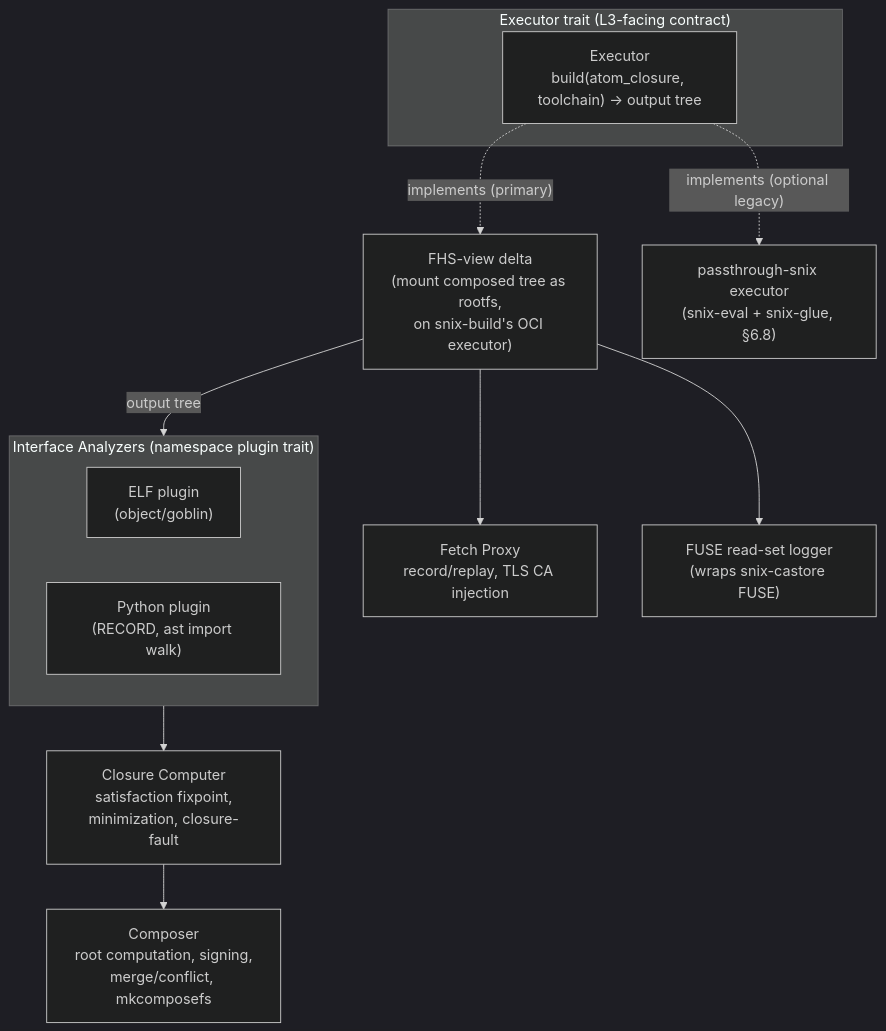
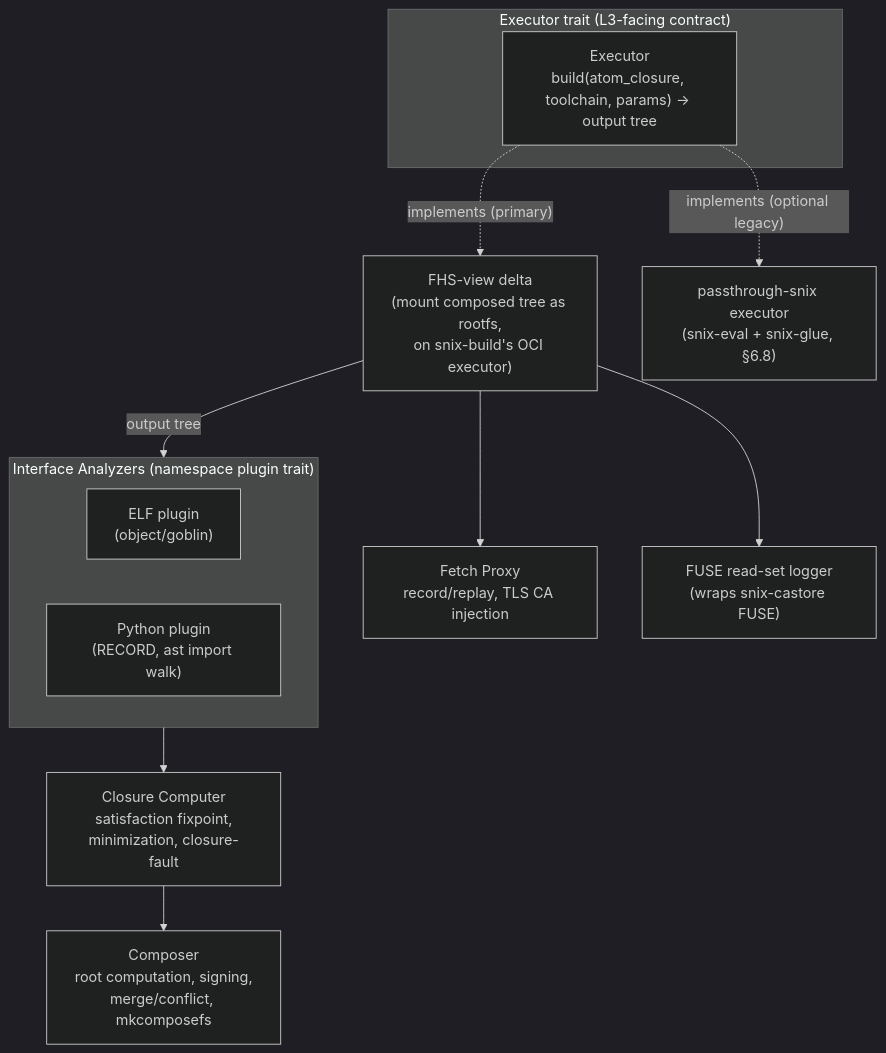
One commit to axiosoph/axios changed the third of 3 diagrams in docs/architecture/htc-sad.md. Above: the diagram before and after it, drawn with Mermaid (dark theme). The commit also changed other lines of this file and 3 other files, not shown here.

````diff
--- a/docs/architecture/htc-sad.md
+++ b/docs/architecture/htc-sad.md
@@ -255,23 +299,23 @@
 ```mermaid
 graph TB
   subgraph CORE["Executor trait (L3-facing contract)"]
-    EXECT["Executor\nbuild(atom_closure, toolchain) -> output tree"]
+    EXECT["Executor\nbuild(atom_closure, toolchain, params) -> output tree"]
   end
   COMPOSER["Composer\nroot computation, signing,\nmerge/conflict, mkcomposefs"]
   CLOSC["Closure Computer\nsatisfaction fixpoint,\nminimization, closure-fault"]
   subgraph ANALYZERS["Interface Analyzers (namespace plugin trait)"]
     ELF["ELF plugin\n(object/goblin)"]
     PY["Python plugin\n(RECORD, ast import walk)"]
   end
   FETCHP["Fetch Proxy\nrecord/replay, TLS CA injection"]
   FUSEL["FUSE read-set logger\n(wraps snix-castore FUSE)"]
   FHSD["FHS-view delta\n(mount composed tree as rootfs,\non snix-build's OCI executor)"]
 
   EXECT -. implements (primary) .-> FHSD
   EXECT -. implements (optional legacy) .-> SNIXEVAL["passthrough-snix executor\n(snix-eval + snix-glue, §6.8)"]
   FHSD --> FUSEL
   FHSD --> FETCHP
   FHSD -->|"output tree"| ANALYZERS
   ANALYZERS --> CLOSC
   CLOSC --> COMPOSER
 ```
````
